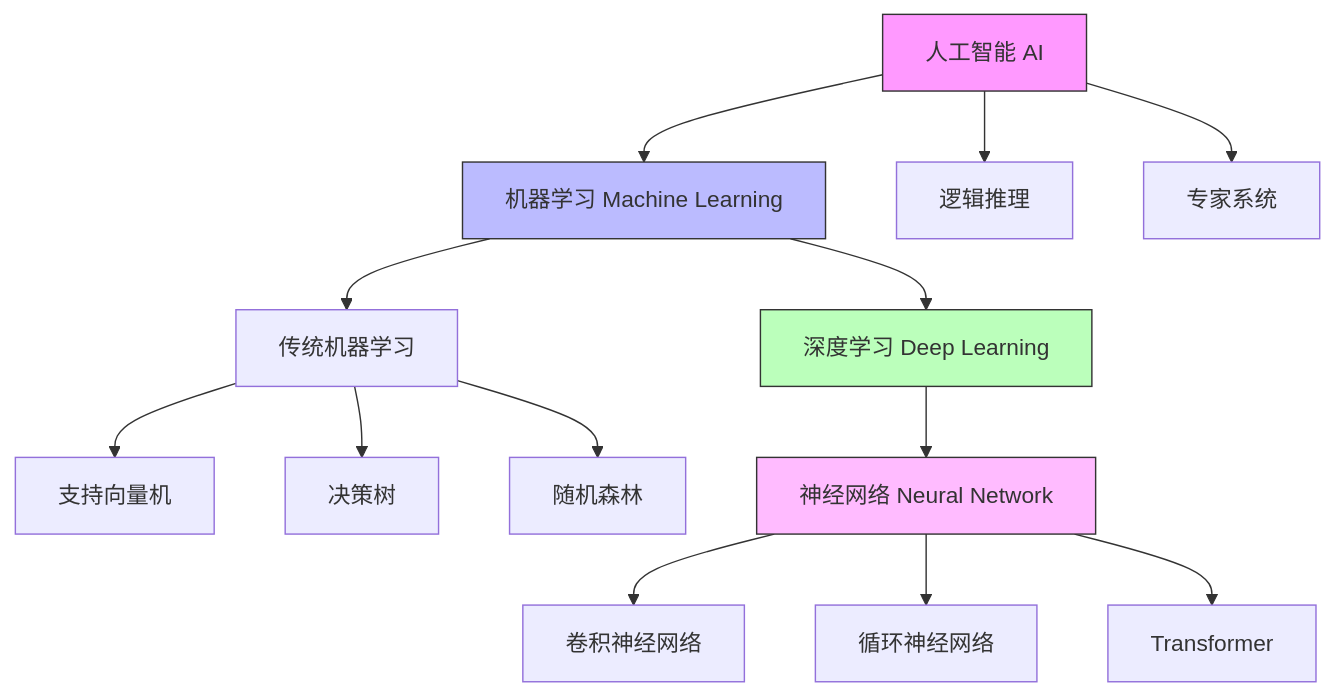
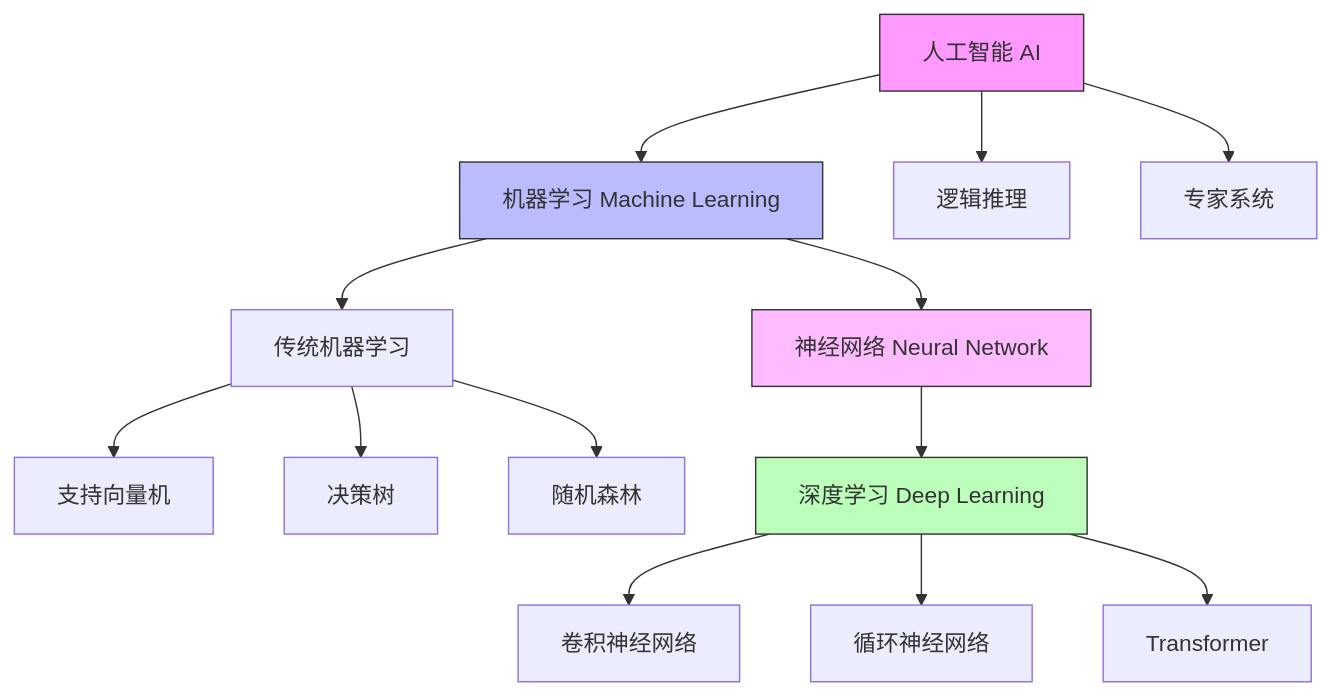
Before and after one commit to zhenda-hub/zhenda-hub.github.io: the diagram in content/posts/AI教程.md, drawn with Mermaid. The commit also changed other lines of this file, not shown here.

````diff
--- a/content/posts/AI教程.md
+++ b/content/posts/AI教程.md
@@ -14,24 +14,24 @@
 ```mermaid
 graph TD
     AI[人工智能 AI] --> ML[机器学习 Machine Learning]
     AI --> LOG[逻辑推理]
     AI --> EXP[专家系统]
     
-    ML --> DL[深度学习 Deep Learning]
+    ML --> NN[神经网络 Neural Network]
     ML --> TRADITIONAL[传统机器学习]
     
     TRADITIONAL --> SVM[支持向量机]
     TRADITIONAL --> DT[决策树]
     TRADITIONAL --> RF[随机森林]
     
-    DL --> NN[神经网络 Neural Network]
+    NN --> DL[深度学习 Deep Learning]
     
-    NN --> CNN[卷积神经网络]
-    NN --> RNN[循环神经网络]
-    NN --> TRANS[Transformer]
+    DL --> CNN[卷积神经网络]
+    DL --> RNN[循环神经网络]
+    DL --> TRANS[Transformer]
     
     style AI fill:#f9f,stroke:#333
     style ML fill:#bbf,stroke:#333
     style DL fill:#bfb,stroke:#333
     style NN fill:#fbf,stroke:#333
 ```
````
